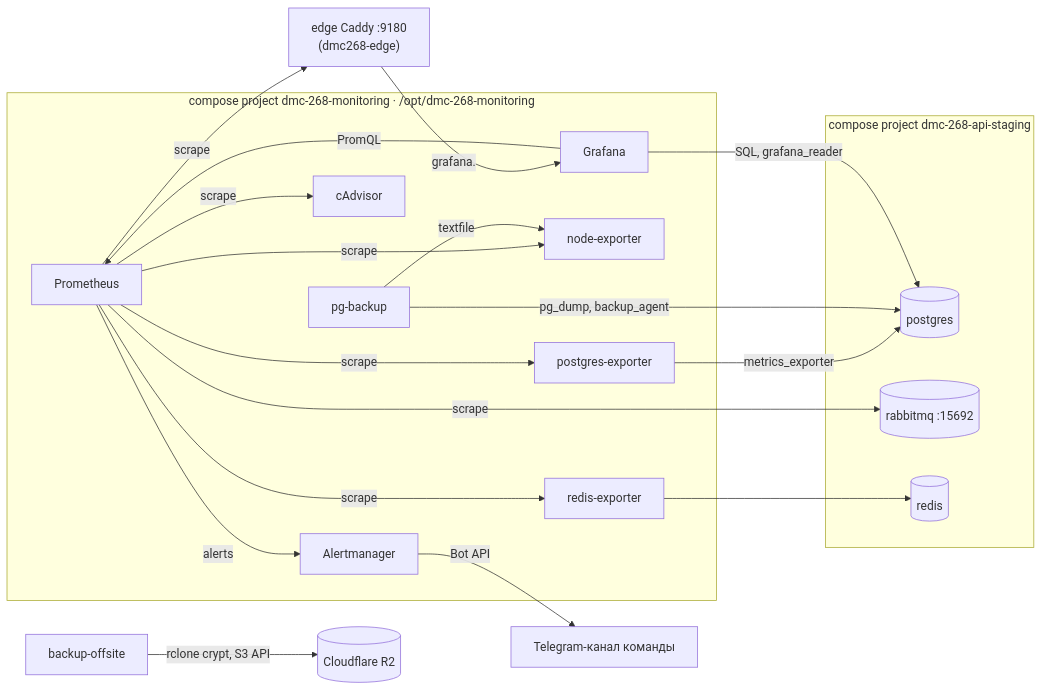
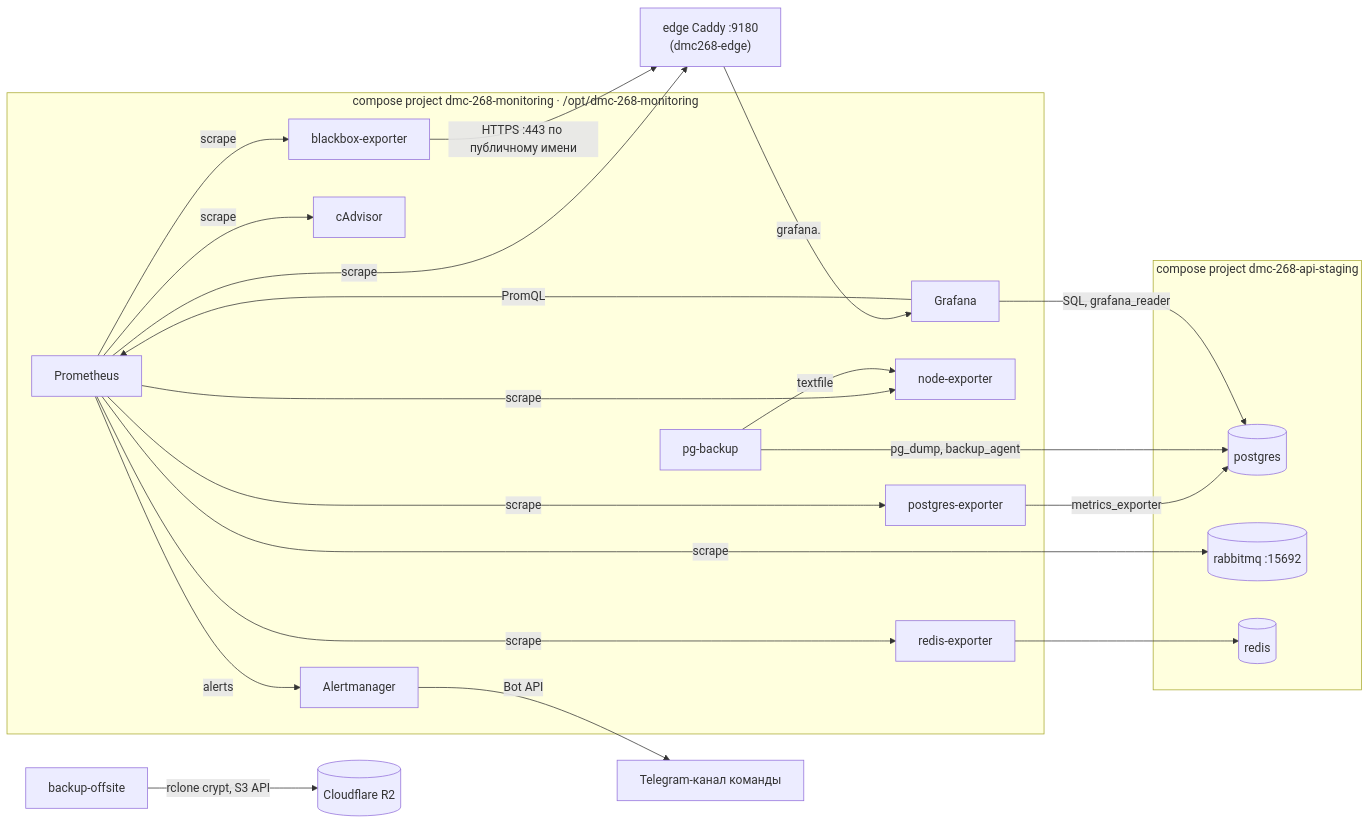
The diagram in docs/MONITORING.md (larchanka-training/dmc-268-api-t6), drawn with Mermaid before and after one commit. The commit also changed other lines of this file and 13 other files, not shown here.

````diff
--- a/docs/MONITORING.md
+++ b/docs/MONITORING.md
@@ -7,30 +7,32 @@
 ```mermaid
 flowchart LR
   subgraph mon["compose project dmc-268-monitoring · /opt/dmc-268-monitoring"]
     prom[Prometheus]
     am[Alertmanager]
     graf[Grafana]
     node[node-exporter]
     cadv[cAdvisor]
     pgx[postgres-exporter]
     rx[redis-exporter]
+    bbx[blackbox-exporter]
     bk[pg-backup]
   end
   subgraph app["compose project dmc-268-api-staging"]
     pg[(postgres)]
     mq[(rabbitmq :15692)]
     redis[(redis)]
   end
   caddy["edge Caddy :9180\n(dmc268-edge)"]
-  prom -->|scrape| node & cadv & pgx & rx & mq & caddy
+  prom -->|scrape| node & cadv & pgx & rx & mq & caddy & bbx
+  bbx -->|"HTTPS :443 по публичному имени"| caddy
   pgx -->|metrics_exporter| pg
   bk -->|"pg_dump, backup_agent"| pg
   bk -->|textfile| node
   off[backup-offsite] -->|"rclone crypt, S3 API"| r2[("Cloudflare R2")]
   rx --> redis
   graf -->|PromQL| prom
   graf -->|"SQL, grafana_reader"| pg
   prom -->|alerts| am
   am -->|Bot API| tg["Telegram-канал команды"]
   caddy -->|"grafana.<APP_DOMAIN>"| graf
 ```
````
